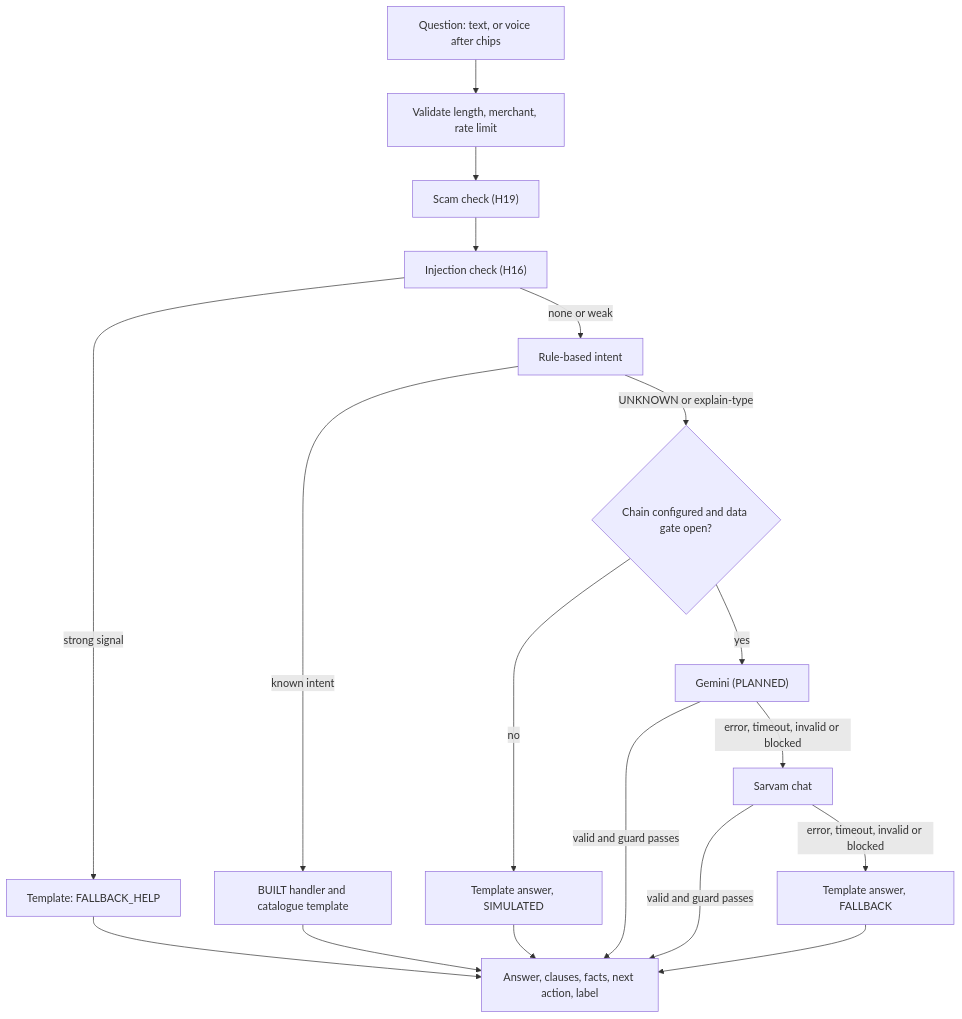
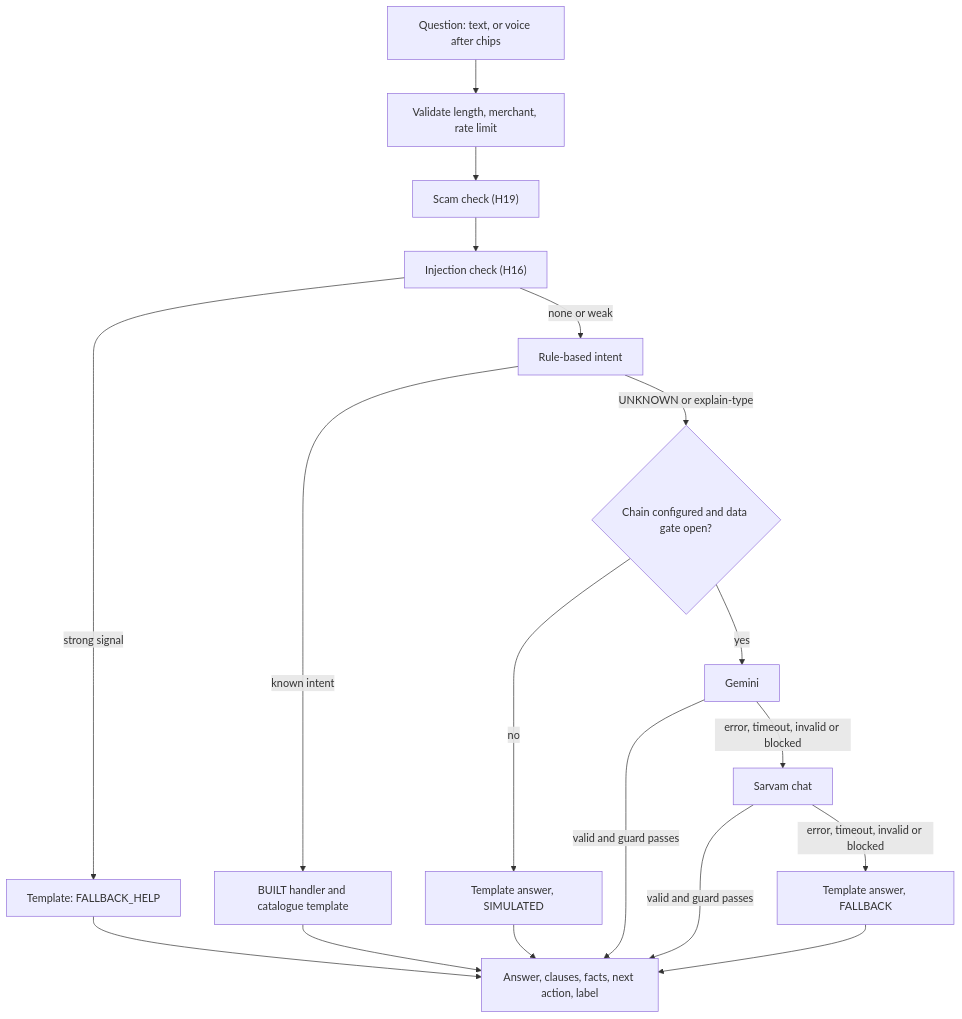
One commit to UjjwalPardeshi/Chhatri changed the first of 2 diagrams in docs/02-product/feature-specs/fs-05-ask-chhatri.md. Above: the diagram before and after it, drawn with Mermaid. The commit also changed other lines of this file and 34 other files, not shown here.

````diff
--- a/docs/02-product/feature-specs/fs-05-ask-chhatri.md
+++ b/docs/02-product/feature-specs/fs-05-ask-chhatri.md
@@ -98,20 +98,20 @@
 ```mermaid
 flowchart TD
   Q["Question: text, or voice after chips"] --> V["Validate length, merchant, rate limit"]
   V --> SC["Scam check (H19)"]
   SC --> IJ["Injection check (H16)"]
   IJ -->|"strong signal"| TI["Template: FALLBACK_HELP"]
   IJ -->|"none or weak"| R["Rule-based intent"]
   R -->|"known intent"| H["BUILT handler and catalogue template"]
   R -->|"UNKNOWN or explain-type"| C{"Chain configured and data gate open?"}
   C -->|"no"| TS["Template answer, SIMULATED"]
-  C -->|"yes"| G["Gemini (PLANNED)"]
+  C -->|"yes"| G["Gemini"]
   G -->|"valid and guard passes"| A["Answer, clauses, facts, next action, label"]
   G -->|"error, timeout, invalid or blocked"| S["Sarvam chat"]
   S -->|"valid and guard passes"| A
   S -->|"error, timeout, invalid or blocked"| TF["Template answer, FALLBACK"]
   H --> A
   TI --> A
   TS --> A
   TF --> A
 ```
````
